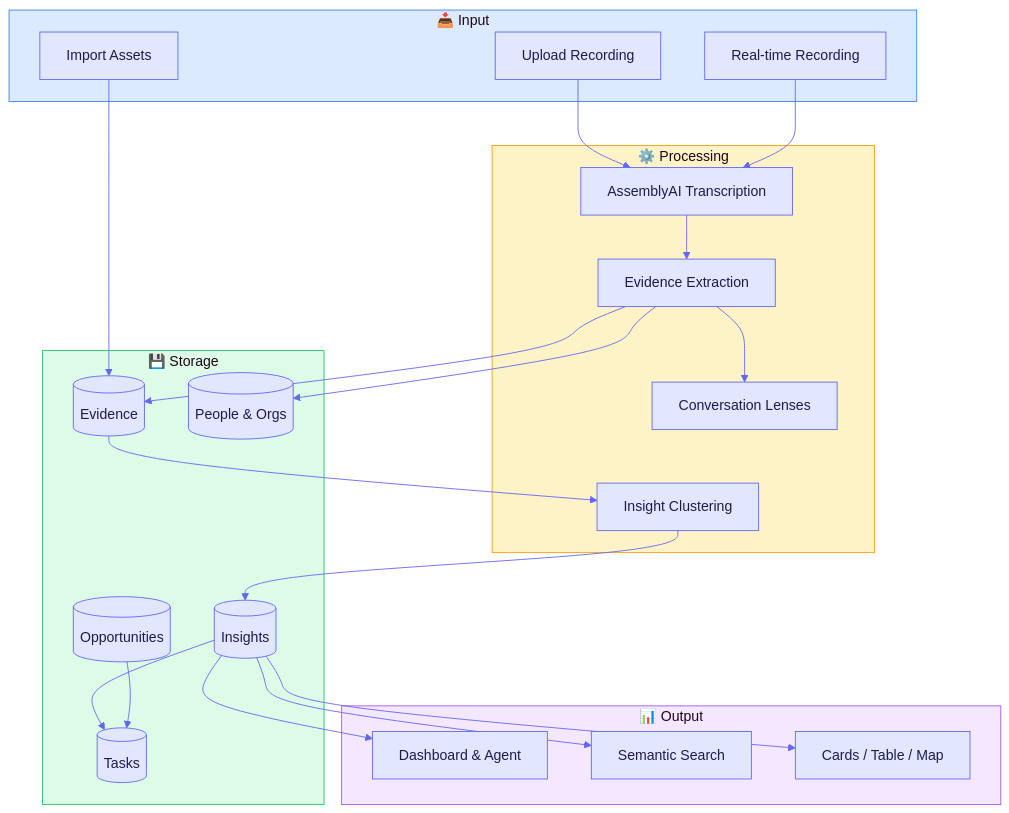
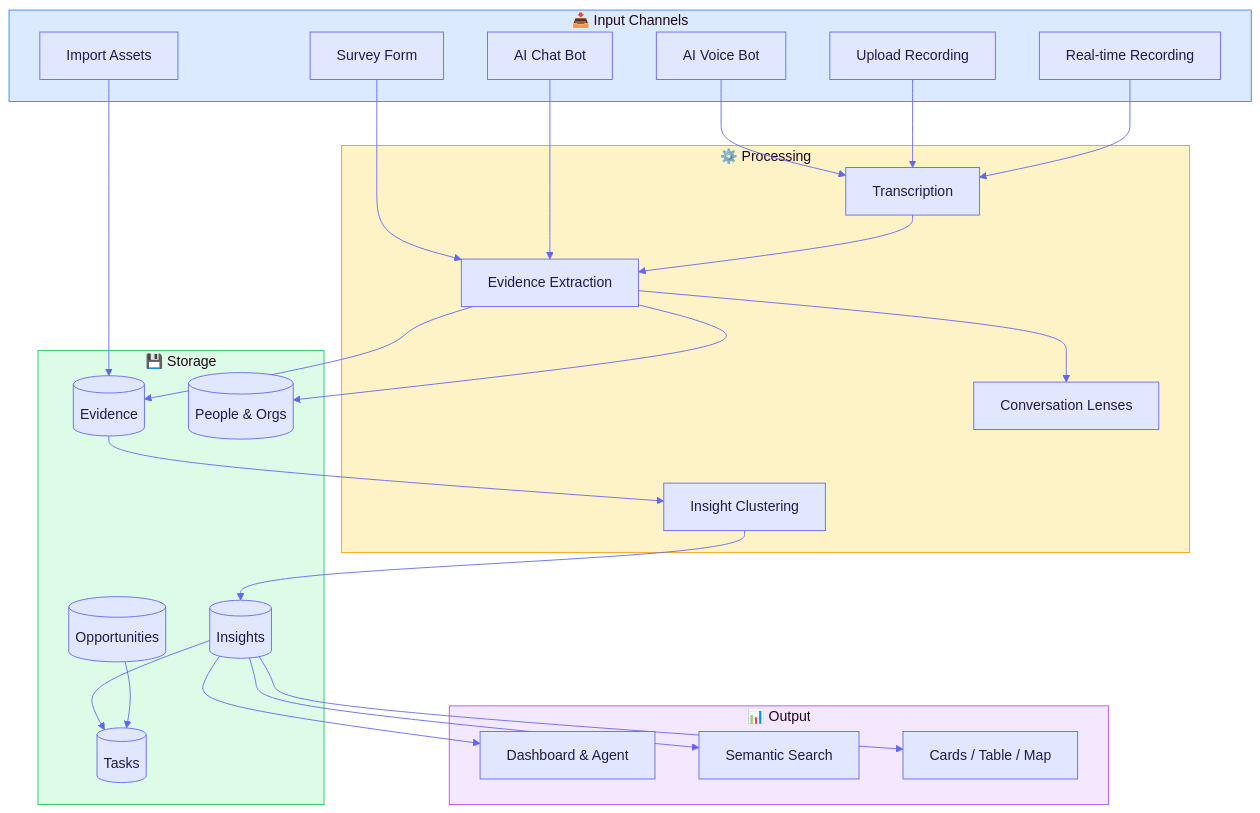
One commit to epic-hq/Insights changed the first of 4 diagrams in docs/customer-centric-crm-value-prop.md. Above: the diagram before and after it, drawn with Mermaid. The commit also changed other lines of this file and 11 other files, not shown here.

First line of the commit message:
Recover stashed changes: slug generation, route cleanup, schema updates

````diff
--- a/docs/customer-centric-crm-value-prop.md
+++ b/docs/customer-centric-crm-value-prop.md
@@ -411,50 +510,56 @@
 ```mermaid
 %%{init: {'theme': 'base', 'themeVariables': { 'primaryColor': '#e0e7ff', 'primaryTextColor': '#1e1b4b', 'primaryBorderColor': '#6366f1', 'lineColor': '#6366f1', 'secondaryColor': '#fef3c7', 'tertiaryColor': '#dcfce7'}}}%%
 graph TD
-  subgraph Input["📥 Input"]
+  subgraph Input["📥 Input Channels"]
+    survey[Survey Form]
+    chat[AI Chat Bot]
+    voice[AI Voice Bot]
     upload[Upload Recording]
     realtime[Real-time Recording]
     assets[Import Assets]
   end
 
   subgraph Processing["⚙️ Processing"]
-    transcribe[AssemblyAI Transcription]
+    transcribe[Transcription]
     extract[Evidence Extraction]
     lens[Conversation Lenses]
     cluster[Insight Clustering]
   end
 
   subgraph Storage["💾 Storage"]
     evidence[(Evidence)]
     people[(People & Orgs)]
     insights[(Insights)]
     opportunities[(Opportunities)]
     tasks[(Tasks)]
   end
 
   subgraph Output["📊 Output"]
     dashboard[Dashboard & Agent]
     search[Semantic Search]
     views[Cards / Table / Map]
   end
 
+  survey --> extract
+  chat --> extract
+  voice --> transcribe
   upload --> transcribe
   realtime --> transcribe
   assets --> evidence
   transcribe --> extract
   extract --> evidence
   extract --> lens
   extract --> people
   evidence --> cluster
   cluster --> insights
   insights --> dashboard
   insights --> search
   insights --> views
   insights --> tasks
   opportunities --> tasks
 
   style Input fill:#dbeafe,stroke:#3b82f6
   style Processing fill:#fef3c7,stroke:#f59e0b
   style Storage fill:#dcfce7,stroke:#22c55e
   style Output fill:#f3e8ff,stroke:#a855f7
 ```
````
